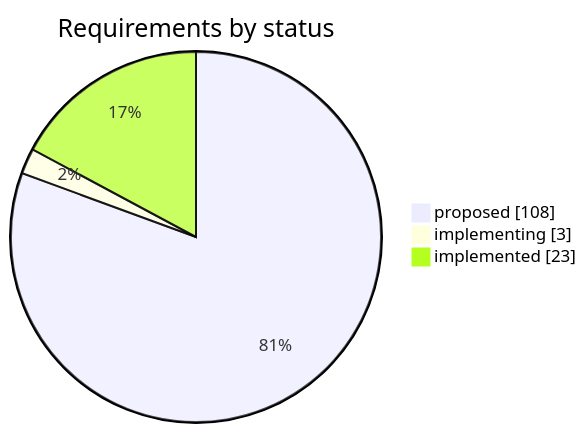
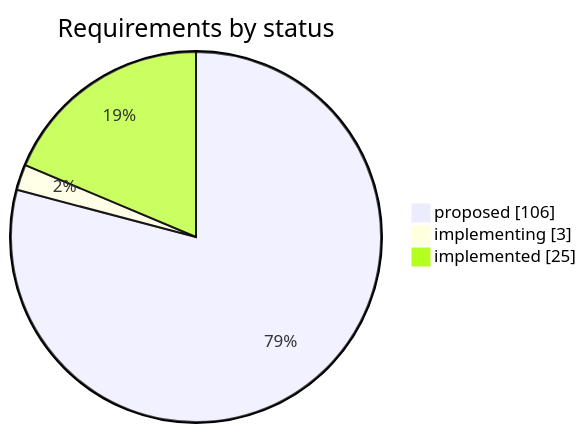
One commit to iammaxsu/automatic-testing-architecture changed the first of 2 diagrams in STATUS.md. Above: the diagram before and after it, drawn with Mermaid. The commit also changed other lines of this file and 4 other files, not shown here.

````diff
--- a/STATUS.md
+++ b/STATUS.md
@@ -25,6 +25,6 @@
 ```mermaid
 pie showData title Requirements by status
-    "proposed" : 108
+    "proposed" : 106
     "implementing" : 3
-    "implemented" : 23
+    "implemented" : 25
 ```
````
